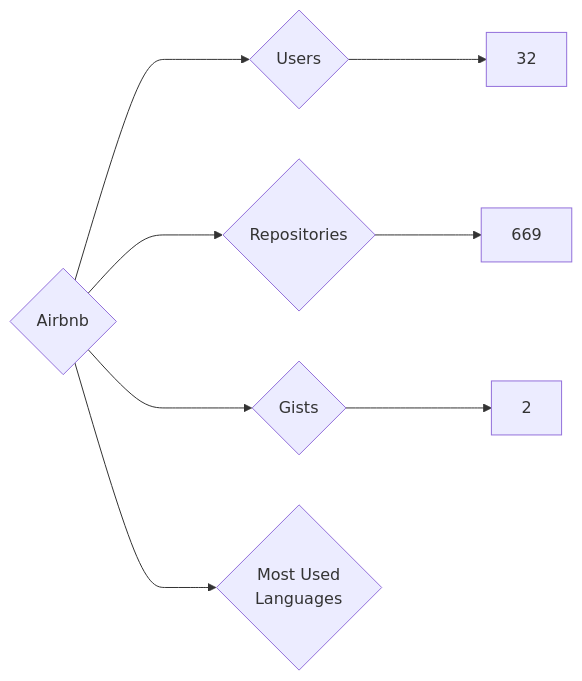
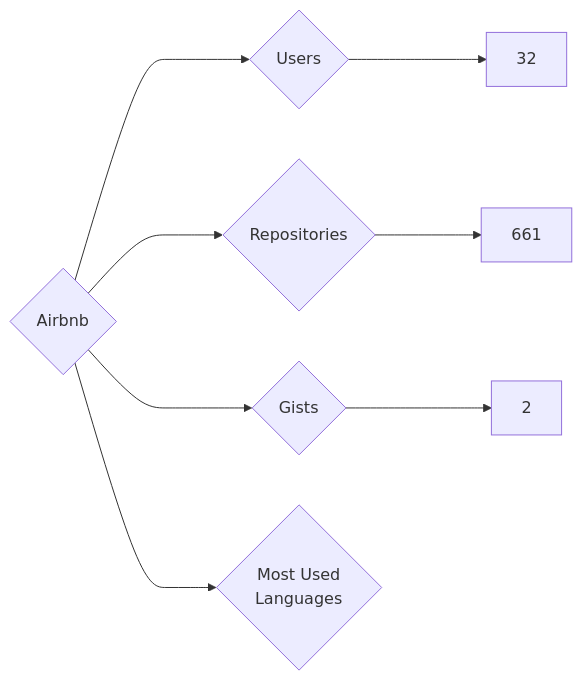
The diagram in targets/Airbnb/README.md (nenadzaric/insiders), drawn with Mermaid before and after one commit. The commit also changed 8 other files, not shown here.

````diff
--- a/targets/Airbnb/README.md
+++ b/targets/Airbnb/README.md
@@ -3,8 +3,8 @@
 ```mermaid
 graph LR
 COMPANY_NAME{Airbnb}
 COMPANY_NAME ---> U{Users} ---> UN[32]
-COMPANY_NAME ---> R{Repositories} ---> RN[669]
+COMPANY_NAME ---> R{Repositories} ---> RN[661]
 COMPANY_NAME ---> G{Gists} ---> GN[2]
 COMPANY_NAME ---> ML{Most Used<br>Languages}
 ```
````
